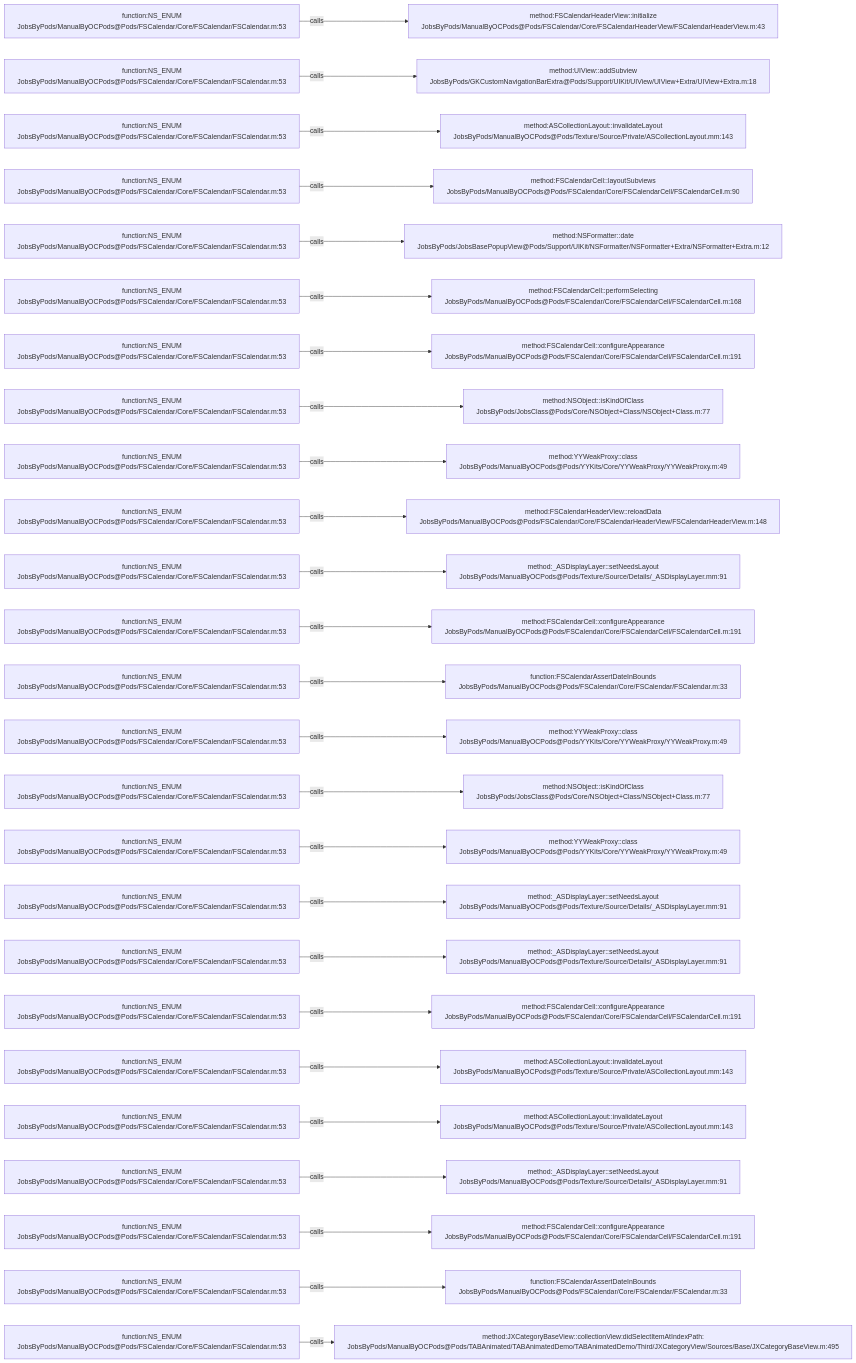
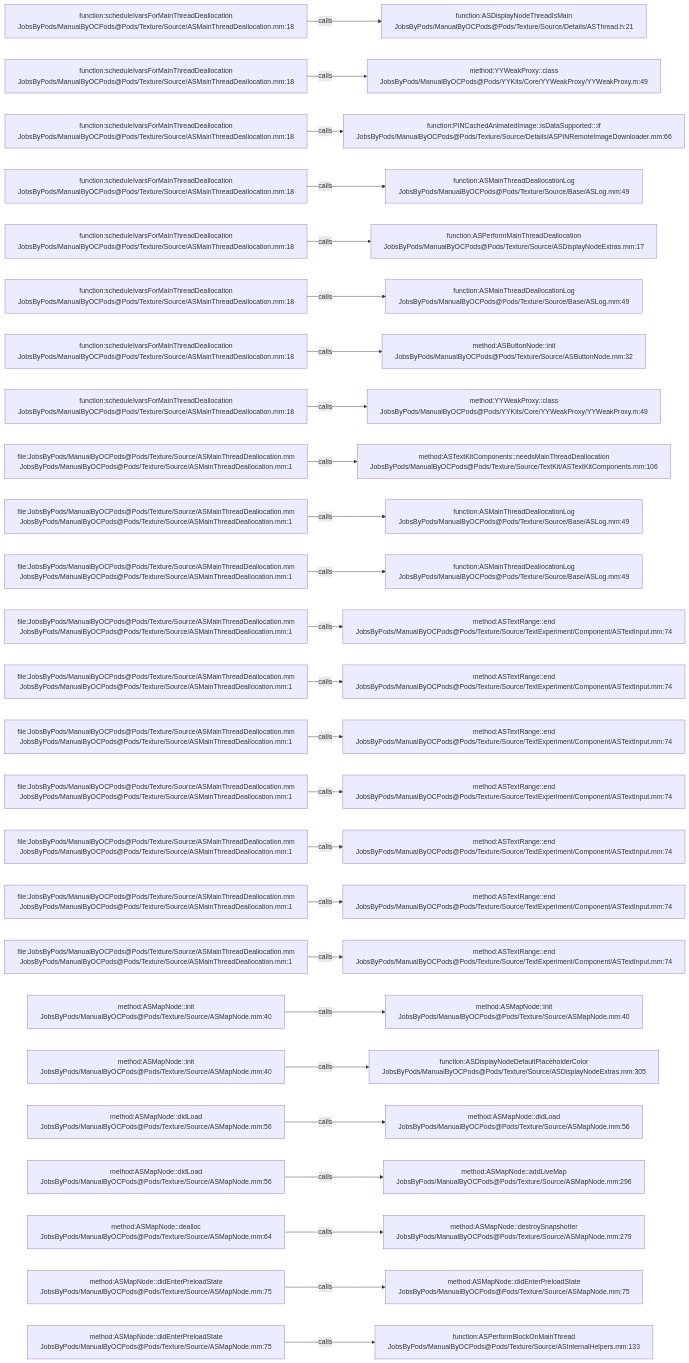
The diagram in .codegraph/codegraph.md/graphs/calls-120.md (JobsKits/JobsOCBaseConfigDemo), drawn with Mermaid before and after one commit. The commit also changed 2162 other files, not shown here.

````diff
--- a/.codegraph/codegraph.md/graphs/calls-120.md
+++ b/.codegraph/codegraph.md/graphs/calls-120.md
@@ -13,78 +13,78 @@
 ```mermaid
 flowchart LR
-  S1["function:NS_ENUM<br/>JobsByPods/ManualByOCPods@Pods/FSCalendar/Core/FSCalendar/FSCalendar.m:53"]
-  T1["method:FSCalendarHeaderView::initialize<br/>JobsByPods/ManualByOCPods@Pods/FSCalendar/Core/FSCalendarHeaderView/FSCalendarHeaderView.m:43"]
+  S1["function:scheduleIvarsForMainThreadDeallocation<br/>JobsByPods/ManualByOCPods@Pods/Texture/Source/ASMainThreadDeallocation.mm:18"]
+  T1["function:ASDisplayNodeThreadIsMain<br/>JobsByPods/ManualByOCPods@Pods/Texture/Source/Details/ASThread.h:21"]
   S1 -->|calls| T1
-  S2["function:NS_ENUM<br/>JobsByPods/ManualByOCPods@Pods/FSCalendar/Core/FSCalendar/FSCalendar.m:53"]
-  T2["method:UIView::addSubview<br/>JobsByPods/GKCustomNavigationBarExtra@Pods/Support/UIKit/UIView/UIView+Extra/UIView+Extra.m:18"]
+  S2["function:scheduleIvarsForMainThreadDeallocation<br/>JobsByPods/ManualByOCPods@Pods/Texture/Source/ASMainThreadDeallocation.mm:18"]
+  T2["method:YYWeakProxy::class<br/>JobsByPods/ManualByOCPods@Pods/YYKits/Core/YYWeakProxy/YYWeakProxy.m:49"]
   S2 -->|calls| T2
-  S3["function:NS_ENUM<br/>JobsByPods/ManualByOCPods@Pods/FSCalendar/Core/FSCalendar/FSCalendar.m:53"]
-  T3["method:ASCollectionLayout::invalidateLayout<br/>JobsByPods/ManualByOCPods@Pods/Texture/Source/Private/ASCollectionLayout.mm:143"]
+  S3["function:scheduleIvarsForMainThreadDeallocation<br/>JobsByPods/ManualByOCPods@Pods/Texture/Source/ASMainThreadDeallocation.mm:18"]
+  T3["function:PINCachedAnimatedImage::isDataSupported:::if<br/>JobsByPods/ManualByOCPods@Pods/Texture/Source/Details/ASPINRemoteImageDownloader.mm:66"]
   S3 -->|calls| T3
-  S4["function:NS_ENUM<br/>JobsByPods/ManualByOCPods@Pods/FSCalendar/Core/FSCalendar/FSCalendar.m:53"]
-  T4["method:FSCalendarCell::layoutSubviews<br/>JobsByPods/ManualByOCPods@Pods/FSCalendar/Core/FSCalendarCell/FSCalendarCell.m:90"]
+  S4["function:scheduleIvarsForMainThreadDeallocation<br/>JobsByPods/ManualByOCPods@Pods/Texture/Source/ASMainThreadDeallocation.mm:18"]
+  T4["function:ASMainThreadDeallocationLog<br/>JobsByPods/ManualByOCPods@Pods/Texture/Source/Base/ASLog.mm:49"]
   S4 -->|calls| T4
-  S5["function:NS_ENUM<br/>JobsByPods/ManualByOCPods@Pods/FSCalendar/Core/FSCalendar/FSCalendar.m:53"]
-  T5["method:NSFormatter::date<br/>JobsByPods/JobsBasePopupView@Pods/Support/UIKit/NSFormatter/NSFormatter+Extra/NSFormatter+Extra.m:12"]
+  S5["function:scheduleIvarsForMainThreadDeallocation<br/>JobsByPods/ManualByOCPods@Pods/Texture/Source/ASMainThreadDeallocation.mm:18"]
+  T5["function:ASPerformMainThreadDeallocation<br/>JobsByPods/ManualByOCPods@Pods/Texture/Source/ASDisplayNodeExtras.mm:17"]
   S5 -->|calls| T5
-  S6["function:NS_ENUM<br/>JobsByPods/ManualByOCPods@Pods/FSCalendar/Core/FSCalendar/FSCalendar.m:53"]
-  T6["method:FSCalendarCell::performSelecting<br/>JobsByPods/ManualByOCPods@Pods/FSCalendar/Core/FSCalendarCell/FSCalendarCell.m:168"]
+  S6["function:scheduleIvarsForMainThreadDeallocation<br/>JobsByPods/ManualByOCPods@Pods/Texture/Source/ASMainThreadDeallocation.mm:18"]
+  T6["function:ASMainThreadDeallocationLog<br/>JobsByPods/ManualByOCPods@Pods/Texture/Source/Base/ASLog.mm:49"]
   S6 -->|calls| T6
-  S7["function:NS_ENUM<br/>JobsByPods/ManualByOCPods@Pods/FSCalendar/Core/FSCalendar/FSCalendar.m:53"]
-  T7["method:FSCalendarCell::configureAppearance<br/>JobsByPods/ManualByOCPods@Pods/FSCalendar/Core/FSCalendarCell/FSCalendarCell.m:191"]
+  S7["function:scheduleIvarsForMainThreadDeallocation<br/>JobsByPods/ManualByOCPods@Pods/Texture/Source/ASMainThreadDeallocation.mm:18"]
+  T7["method:ASButtonNode::init<br/>JobsByPods/ManualByOCPods@Pods/Texture/Source/ASButtonNode.mm:32"]
   S7 -->|calls| T7
-  S8["function:NS_ENUM<br/>JobsByPods/ManualByOCPods@Pods/FSCalendar/Core/FSCalendar/FSCalendar.m:53"]
-  T8["method:NSObject::isKindOfClass<br/>JobsByPods/JobsClass@Pods/Core/NSObject+Class/NSObject+Class.m:77"]
+  S8["function:scheduleIvarsForMainThreadDeallocation<br/>JobsByPods/ManualByOCPods@Pods/Texture/Source/ASMainThreadDeallocation.mm:18"]
+  T8["method:YYWeakProxy::class<br/>JobsByPods/ManualByOCPods@Pods/YYKits/Core/YYWeakProxy/YYWeakProxy.m:49"]
   S8 -->|calls| T8
-  S9["function:NS_ENUM<br/>JobsByPods/ManualByOCPods@Pods/FSCalendar/Core/FSCalendar/FSCalendar.m:53"]
-  T9["method:YYWeakProxy::class<br/>JobsByPods/ManualByOCPods@Pods/YYKits/Core/YYWeakProxy/YYWeakProxy.m:49"]
+  S9["file:JobsByPods/ManualByOCPods@Pods/Texture/Source/ASMainThreadDeallocation.mm<br/>JobsByPods/ManualByOCPods@Pods/Texture/Source/ASMainThreadDeallocation.mm:1"]
+  T9["method:ASTextKitComponents::needsMainThreadDeallocation<br/>JobsByPods/ManualByOCPods@Pods/Texture/Source/TextKit/ASTextKitComponents.mm:106"]
   S9 -->|calls| T9
-  S10["function:NS_ENUM<br/>JobsByPods/ManualByOCPods@Pods/FSCalendar/Core/FSCalendar/FSCalendar.m:53"]
-  T10["method:FSCalendarHeaderView::reloadData<br/>JobsByPods/ManualByOCPods@Pods/FSCalendar/Core/FSCalendarHeaderView/FSCalendarHeaderView.m:148"]
+  S10["file:JobsByPods/ManualByOCPods@Pods/Texture/Source/ASMainThreadDeallocation.mm<br/>JobsByPods/ManualByOCPods@Pods/Texture/Source/ASMainThreadDeallocation.mm:1"]
+  T10["function:ASMainThreadDeallocationLog<br/>JobsByPods/ManualByOCPods@Pods/Texture/Source/Base/ASLog.mm:49"]
   S10 -->|calls| T10
-  S11["function:NS_ENUM<br/>JobsByPods/ManualByOCPods@Pods/FSCalendar/Core/FSCalendar/FSCalendar.m:53"]
-  T11["method:_ASDisplayLayer::setNeedsLayout<br/>JobsByPods/ManualByOCPods@Pods/Texture/Source/Details/_ASDisplayLayer.mm:91"]
+  S11["file:JobsByPods/ManualByOCPods@Pods/Texture/Source/ASMainThreadDeallocation.mm<br/>JobsByPods/ManualByOCPods@Pods/Texture/Source/ASMainThreadDeallocation.mm:1"]
+  T11["function:ASMainThreadDeallocationLog<br/>JobsByPods/ManualByOCPods@Pods/Texture/Source/Base/ASLog.mm:49"]
   S11 -->|calls| T11
-  S12["function:NS_ENUM<br/>JobsByPods/ManualByOCPods@Pods/FSCalendar/Core/FSCalendar/FSCalendar.m:53"]
-  T12["method:FSCalendarCell::configureAppearance<br/>JobsByPods/ManualByOCPods@Pods/FSCalendar/Core/FSCalendarCell/FSCalendarCell.m:191"]
+  S12["file:JobsByPods/ManualByOCPods@Pods/Texture/Source/ASMainThreadDeallocation.mm<br/>JobsByPods/ManualByOCPods@Pods/Texture/Source/ASMainThreadDeallocation.mm:1"]
+  T12["method:ASTextRange::end<br/>JobsByPods/ManualByOCPods@Pods/Texture/Source/TextExperiment/Component/ASTextInput.mm:74"]
   S12 -->|calls| T12
-  S13["function:NS_ENUM<br/>JobsByPods/ManualByOCPods@Pods/FSCalendar/Core/FSCalendar/FSCalendar.m:53"]
-  T13["function:FSCalendarAssertDateInBounds<br/>JobsByPods/ManualByOCPods@Pods/FSCalendar/Core/FSCalendar/FSCalendar.m:33"]
+  S13["file:JobsByPods/ManualByOCPods@Pods/Texture/Source/ASMainThreadDeallocation.mm<br/>JobsByPods/ManualByOCPods@Pods/Texture/Source/ASMainThreadDeallocation.mm:1"]
+  T13["method:ASTextRange::end<br/>JobsByPods/ManualByOCPods@Pods/Texture/Source/TextExperiment/Component/ASTextInput.mm:74"]
   S13 -->|calls| T13
-  S14["function:NS_ENUM<br/>JobsByPods/ManualByOCPods@Pods/FSCalendar/Core/FSCalendar/FSCalendar.m:53"]
-  T14["method:YYWeakProxy::class<br/>JobsByPods/ManualByOCPods@Pods/YYKits/Core/YYWeakProxy/YYWeakProxy.m:49"]
+  S14["file:JobsByPods/ManualByOCPods@Pods/Texture/Source/ASMainThreadDeallocation.mm<br/>JobsByPods/ManualByOCPods@Pods/Texture/Source/ASMainThreadDeallocation.mm:1"]
+  T14["method:ASTextRange::end<br/>JobsByPods/ManualByOCPods@Pods/Texture/Source/TextExperiment/Component/ASTextInput.mm:74"]
   S14 -->|calls| T14
-  S15["function:NS_ENUM<br/>JobsByPods/ManualByOCPods@Pods/FSCalendar/Core/FSCalendar/FSCalendar.m:53"]
-  T15["method:NSObject::isKindOfClass<br/>JobsByPods/JobsClass@Pods/Core/NSObject+Class/NSObject+Class.m:77"]
+  S15["file:JobsByPods/ManualByOCPods@Pods/Texture/Source/ASMainThreadDeallocation.mm<br/>JobsByPods/ManualByOCPods@Pods/Texture/Source/ASMainThreadDeallocation.mm:1"]
+  T15["method:ASTextRange::end<br/>JobsByPods/ManualByOCPods@Pods/Texture/Source/TextExperiment/Component/ASTextInput.mm:74"]
   S15 -->|calls| T15
-  S16["function:NS_ENUM<br/>JobsByPods/ManualByOCPods@Pods/FSCalendar/Core/FSCalendar/FSCalendar.m:53"]
-  T16["method:YYWeakProxy::class<br/>JobsByPods/ManualByOCPods@Pods/YYKits/Core/YYWeakProxy/YYWeakProxy.m:49"]
+  S16["file:JobsByPods/ManualByOCPods@Pods/Texture/Source/ASMainThreadDeallocation.mm<br/>JobsByPods/ManualByOCPods@Pods/Texture/Source/ASMainThreadDeallocation.mm:1"]
+  T16["method:ASTextRange::end<br/>JobsByPods/ManualByOCPods@Pods/Texture/Source/TextExperiment/Component/ASTextInput.mm:74"]
   S16 -->|calls| T16
-  S17["function:NS_ENUM<br/>JobsByPods/ManualByOCPods@Pods/FSCalendar/Core/FSCalendar/FSCalendar.m:53"]
-  T17["method:_ASDisplayLayer::setNeedsLayout<br/>JobsByPods/ManualByOCPods@Pods/Texture/Source/Details/_ASDisplayLayer.mm:91"]
+  S17["file:JobsByPods/ManualByOCPods@Pods/Texture/Source/ASMainThreadDeallocation.mm<br/>JobsByPods/ManualByOCPods@Pods/Texture/Source/ASMainThreadDeallocation.mm:1"]
+  T17["method:ASTextRange::end<br/>JobsByPods/ManualByOCPods@Pods/Texture/Source/TextExperiment/Component/ASTextInput.mm:74"]
   S17 -->|calls| T17
-  S18["function:NS_ENUM<br/>JobsByPods/ManualByOCPods@Pods/FSCalendar/Core/FSCalendar/FSCalendar.m:53"]
-  T18["method:_ASDisplayLayer::setNeedsLayout<br/>JobsByPods/ManualByOCPods@Pods/Texture/Source/Details/_ASDisplayLayer.mm:91"]
+  S18["file:JobsByPods/ManualByOCPods@Pods/Texture/Source/ASMainThreadDeallocation.mm<br/>JobsByPods/ManualByOCPods@Pods/Texture/Source/ASMainThreadDeallocation.mm:1"]
+  T18["method:ASTextRange::end<br/>JobsByPods/ManualByOCPods@Pods/Texture/Source/TextExperiment/Component/ASTextInput.mm:74"]
   S18 -->|calls| T18
-  S19["function:NS_ENUM<br/>JobsByPods/ManualByOCPods@Pods/FSCalendar/Core/FSCalendar/FSCalendar.m:53"]
-  T19["method:FSCalendarCell::configureAppearance<br/>JobsByPods/ManualByOCPods@Pods/FSCalendar/Core/FSCalendarCell/FSCalendarCell.m:191"]
+  S19["method:ASMapNode::init<br/>JobsByPods/ManualByOCPods@Pods/Texture/Source/ASMapNode.mm:40"]
+  T19["method:ASMapNode::init<br/>JobsByPods/ManualByOCPods@Pods/Texture/Source/ASMapNode.mm:40"]
   S19 -->|calls| T19
-  S20["function:NS_ENUM<br/>JobsByPods/ManualByOCPods@Pods/FSCalendar/Core/FSCalendar/FSCalendar.m:53"]
-  T20["method:ASCollectionLayout::invalidateLayout<br/>JobsByPods/ManualByOCPods@Pods/Texture/Source/Private/ASCollectionLayout.mm:143"]
+  S20["method:ASMapNode::init<br/>JobsByPods/ManualByOCPods@Pods/Texture/Source/ASMapNode.mm:40"]
+  T20["function:ASDisplayNodeDefaultPlaceholderColor<br/>JobsByPods/ManualByOCPods@Pods/Texture/Source/ASDisplayNodeExtras.mm:305"]
   S20 -->|calls| T20
-  S21["function:NS_ENUM<br/>JobsByPods/ManualByOCPods@Pods/FSCalendar/Core/FSCalendar/FSCalendar.m:53"]
-  T21["method:ASCollectionLayout::invalidateLayout<br/>JobsByPods/ManualByOCPods@Pods/Texture/Source/Private/ASCollectionLayout.mm:143"]
+  S21["method:ASMapNode::didLoad<br/>JobsByPods/ManualByOCPods@Pods/Texture/Source/ASMapNode.mm:56"]
+  T21["method:ASMapNode::didLoad<br/>JobsByPods/ManualByOCPods@Pods/Texture/Source/ASMapNode.mm:56"]
   S21 -->|calls| T21
-  S22["function:NS_ENUM<br/>JobsByPods/ManualByOCPods@Pods/FSCalendar/Core/FSCalendar/FSCalendar.m:53"]
-  T22["method:_ASDisplayLayer::setNeedsLayout<br/>JobsByPods/ManualByOCPods@Pods/Texture/Source/Details/_ASDisplayLayer.mm:91"]
+  S22["method:ASMapNode::didLoad<br/>JobsByPods/ManualByOCPods@Pods/Texture/Source/ASMapNode.mm:56"]
+  T22["method:ASMapNode::addLiveMap<br/>JobsByPods/ManualByOCPods@Pods/Texture/Source/ASMapNode.mm:296"]
   S22 -->|calls| T22
-  S23["function:NS_ENUM<br/>JobsByPods/ManualByOCPods@Pods/FSCalendar/Core/FSCalendar/FSCalendar.m:53"]
-  T23["method:FSCalendarCell::configureAppearance<br/>JobsByPods/ManualByOCPods@Pods/FSCalendar/Core/FSCalendarCell/FSCalendarCell.m:191"]
+  S23["method:ASMapNode::dealloc<br/>JobsByPods/ManualByOCPods@Pods/Texture/Source/ASMapNode.mm:64"]
+  T23["method:ASMapNode::destroySnapshotter<br/>JobsByPods/ManualByOCPods@Pods/Texture/Source/ASMapNode.mm:279"]
   S23 -->|calls| T23
-  S24["function:NS_ENUM<br/>JobsByPods/ManualByOCPods@Pods/FSCalendar/Core/FSCalendar/FSCalendar.m:53"]
-  T24["function:FSCalendarAssertDateInBounds<br/>JobsByPods/ManualByOCPods@Pods/FSCalendar/Core/FSCalendar/FSCalendar.m:33"]
+  S24["method:ASMapNode::didEnterPreloadState<br/>JobsByPods/ManualByOCPods@Pods/Texture/Source/ASMapNode.mm:75"]
+  T24["method:ASMapNode::didEnterPreloadState<br/>JobsByPods/ManualByOCPods@Pods/Texture/Source/ASMapNode.mm:75"]
   S24 -->|calls| T24
-  S25["function:NS_ENUM<br/>JobsByPods/ManualByOCPods@Pods/FSCalendar/Core/FSCalendar/FSCalendar.m:53"]
-  T25["method:JXCategoryBaseView::collectionView:didSelectItemAtIndexPath:<br/>JobsByPods/ManualByOCPods@Pods/TABAnimated/TABAnimatedDemo/TABAnimatedDemo/Third/JXCategoryView/Sources/Base/JXCategoryBaseView.m:495"]
+  S25["method:ASMapNode::didEnterPreloadState<br/>JobsByPods/ManualByOCPods@Pods/Texture/Source/ASMapNode.mm:75"]
+  T25["function:ASPerformBlockOnMainThread<br/>JobsByPods/ManualByOCPods@Pods/Texture/Source/ASInternalHelpers.mm:133"]
   S25 -->|calls| T25
 ```
````
